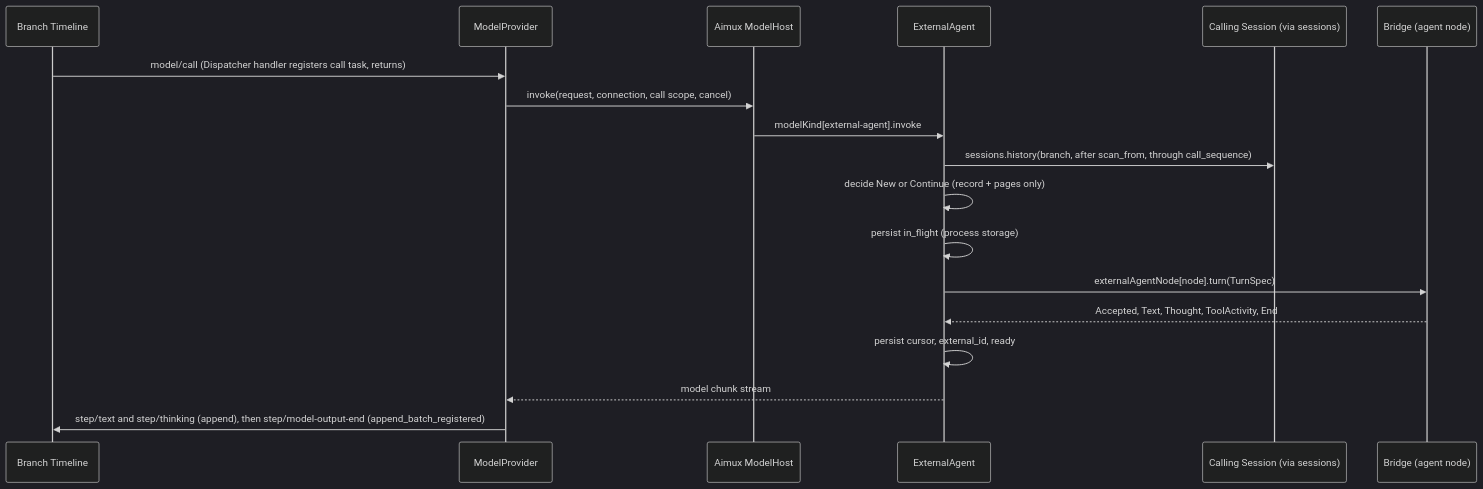
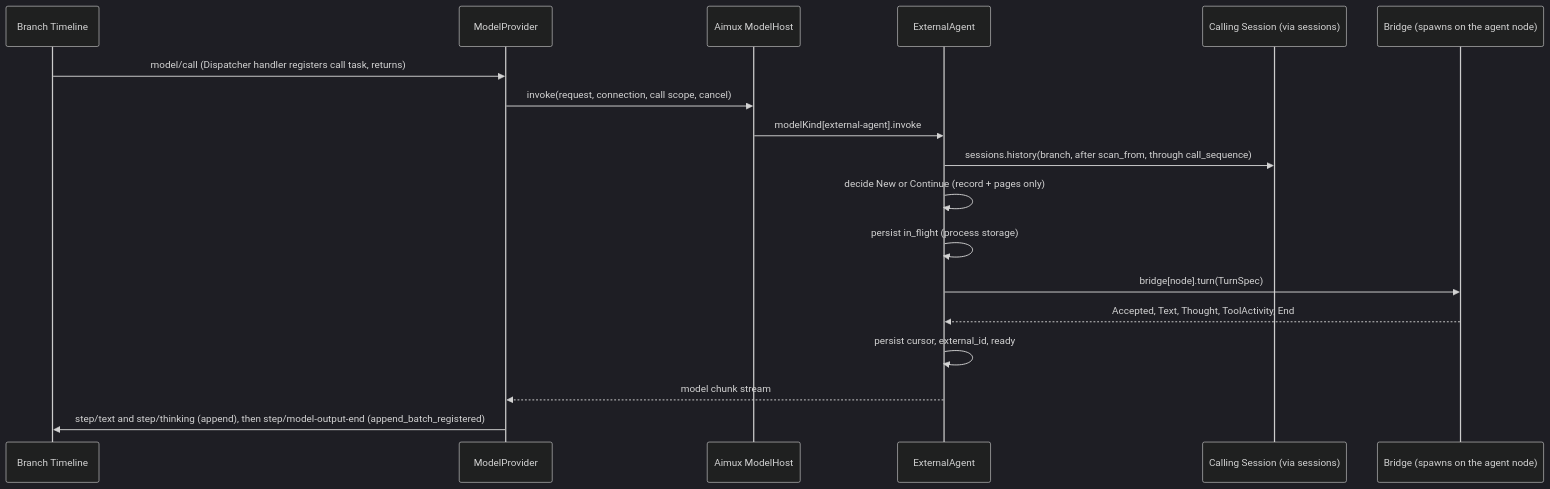
The third of 5 diagrams in docs/design/plugins/ExternalAgent.md (CoutinhoTTS/dim-agent), drawn with Mermaid (dark theme) before and after one commit. The commit also changed other lines of this file and 42 other files, not shown here.

````diff
--- a/docs/design/plugins/ExternalAgent.md
+++ b/docs/design/plugins/ExternalAgent.md
@@ -95,20 +94,20 @@
 ```mermaid
 sequenceDiagram
   participant TL as Branch Timeline
   participant MP as ModelProvider
   participant MH as Aimux ModelHost
   participant EA as ExternalAgent
   participant SA as Calling Session (via sessions)
-  participant BR as Bridge (agent node)
+  participant BR as Bridge (spawns on the agent node)
   TL->>MP: model/call (Dispatcher handler registers call task, returns)
   MP->>MH: invoke(request, connection, call scope, cancel)
   MH->>EA: modelKind[external-agent].invoke
   EA->>SA: sessions.history(branch, after scan_from, through call_sequence)
   EA->>EA: decide New or Continue (record + pages only)
   EA->>EA: persist in_flight (process storage)
-  EA->>BR: externalAgentNode[node].turn(TurnSpec)
+  EA->>BR: bridge[node].turn(TurnSpec)
   BR-->>EA: Accepted, Text, Thought, ToolActivity, End
   EA->>EA: persist cursor, external_id, ready
   EA-->>MP: model chunk stream
   MP->>TL: step/text and step/thinking (append), then step/model-output-end (append_batch_registered)
 ```
````
